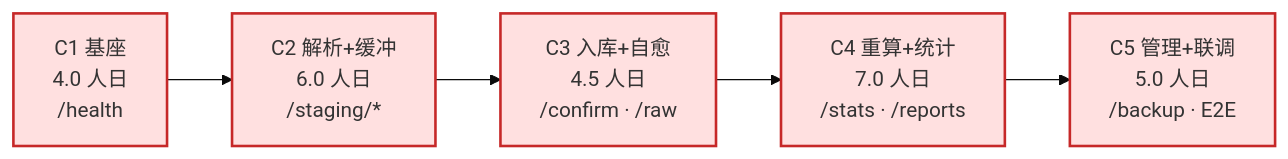
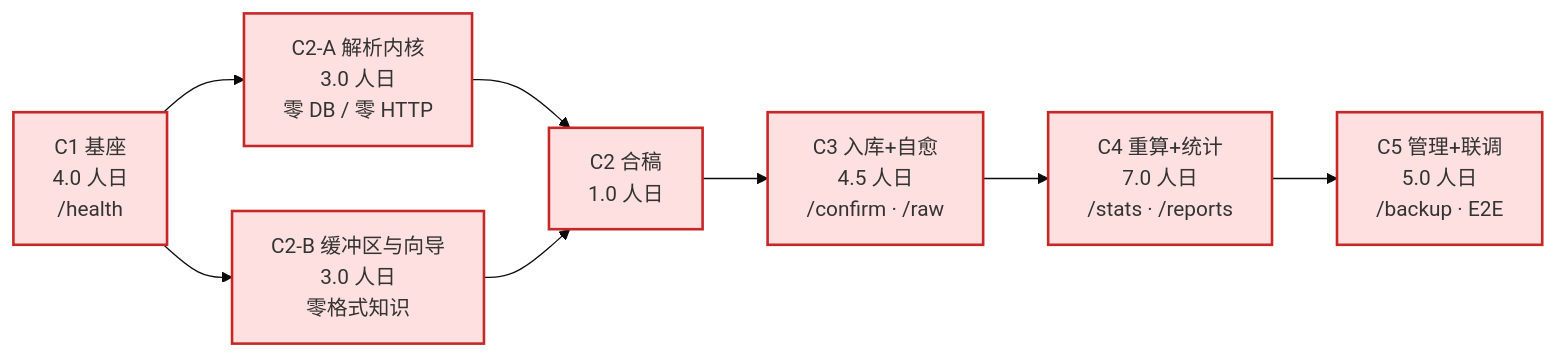
Before and after one commit to blow-prelude/account_dashboard: the diagram in docs/devel/README.md, drawn with Mermaid (base theme). The commit also changed other lines of this file and 3 other files, not shown here.

````diff
--- a/docs/devel/README.md
+++ b/docs/devel/README.md
@@ -25,10 +29,13 @@
 ```mermaid
 graph LR
-    C1["C1 基座<br/>4.0 人日<br/>/health"] --> C2["C2 解析+缓冲<br/>6.0 人日<br/>/staging/*"]
-    C2 --> C3["C3 入库+自愈<br/>4.5 人日<br/>/confirm · /raw"]
+    C1["C1 基座<br/>4.0 人日<br/>/health"] --> C2A["C2-A 解析内核<br/>3.0 人日<br/>零 DB / 零 HTTP"]
+    C1 --> C2B["C2-B 缓冲区与向导<br/>3.0 人日<br/>零格式知识"]
+    C2A --> C2M["C2 合稿<br/>1.0 人日"]
+    C2B --> C2M
+    C2M --> C3["C3 入库+自愈<br/>4.5 人日<br/>/confirm · /raw"]
     C3 --> C4["C4 重算+统计<br/>7.0 人日<br/>/stats · /reports"]
     C4 --> C5["C5 管理+联调<br/>5.0 人日<br/>/backup · E2E"]
 
     classDef cp fill:#ffe0e0,stroke:#c62828,stroke-width:2px;
-    class C1,C2,C3,C4,C5 cp;
+    class C1,C2A,C2B,C2M,C3,C4,C5 cp;
 ```
````
